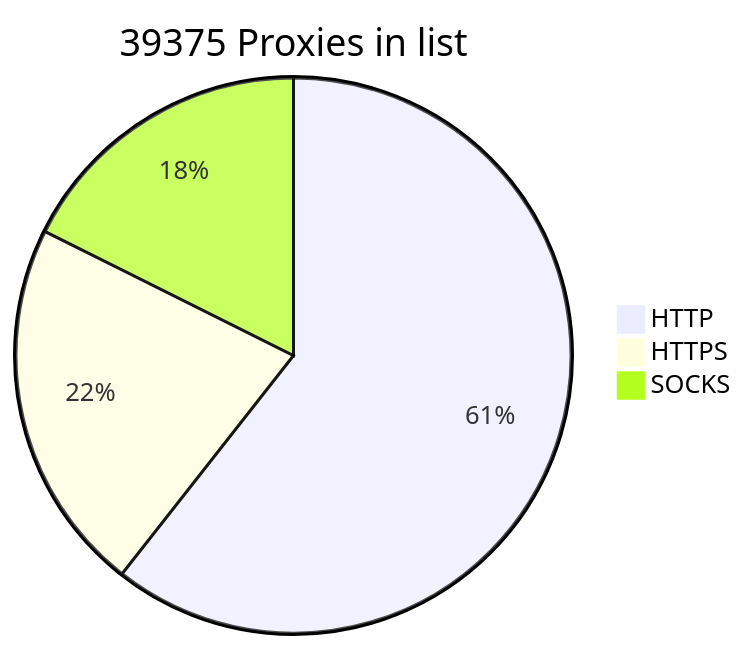
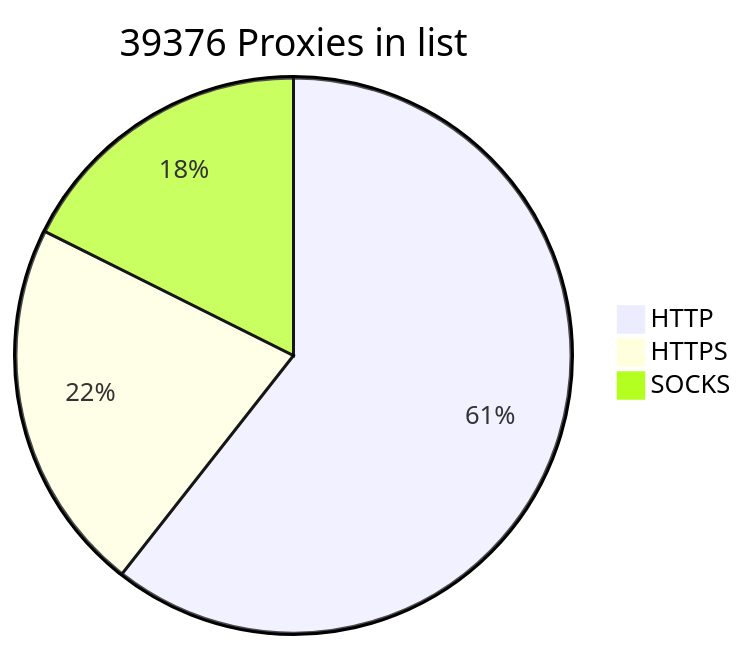
Before and after one commit to BlackSnowDot/proxylist-update-every-minute: the diagram in README.md, drawn with Mermaid.

````diff
--- a/README.md
+++ b/README.md
@@ -2,6 +2,6 @@
 ```mermaid
-pie title 39375 Proxies in list
-    "HTTP" : 27952
-    "HTTPS": 10043
+pie title 39376 Proxies in list
+    "HTTP" : 27953
+    "HTTPS": 10044
     "SOCKS" : 8134
 ```
````
